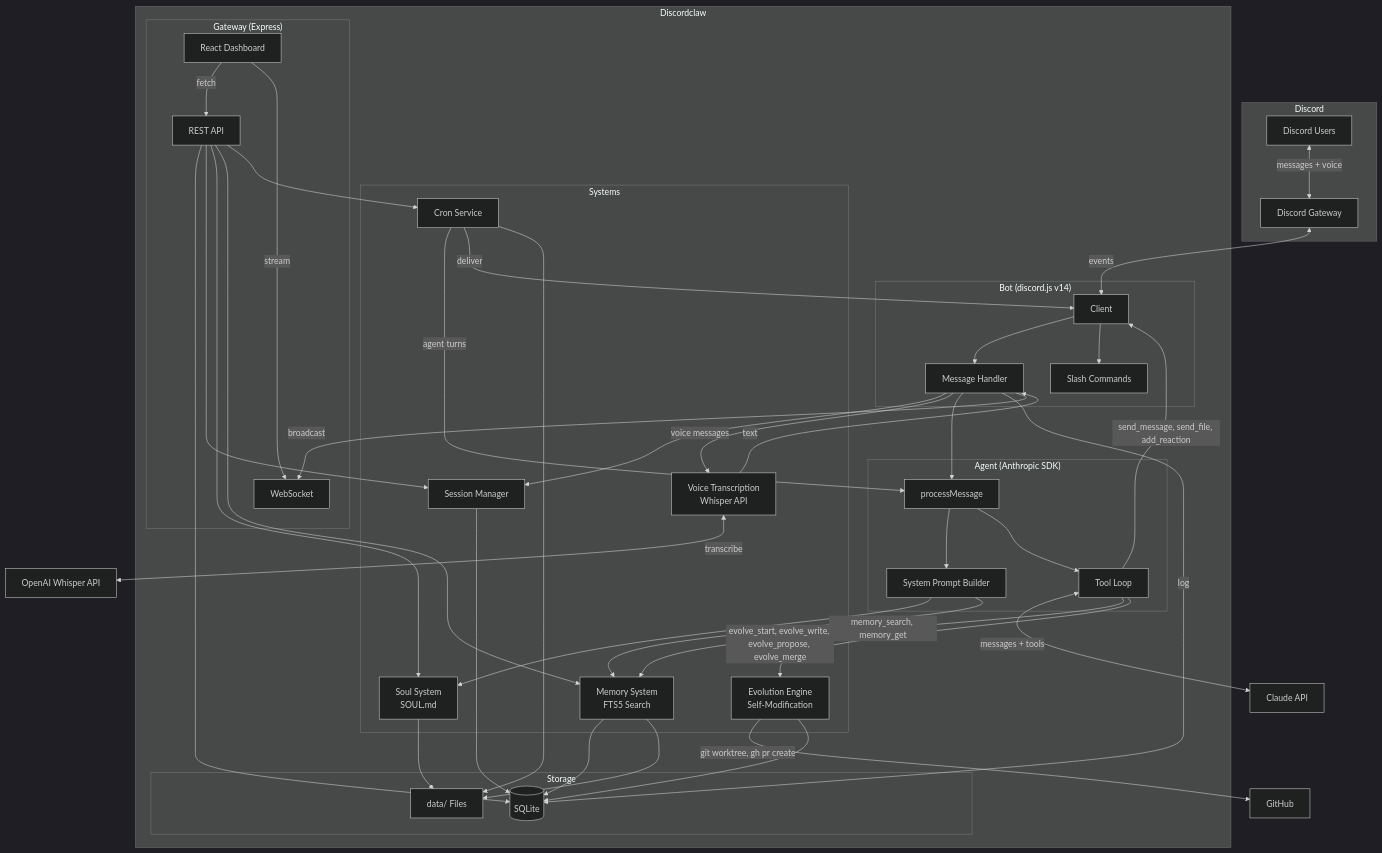
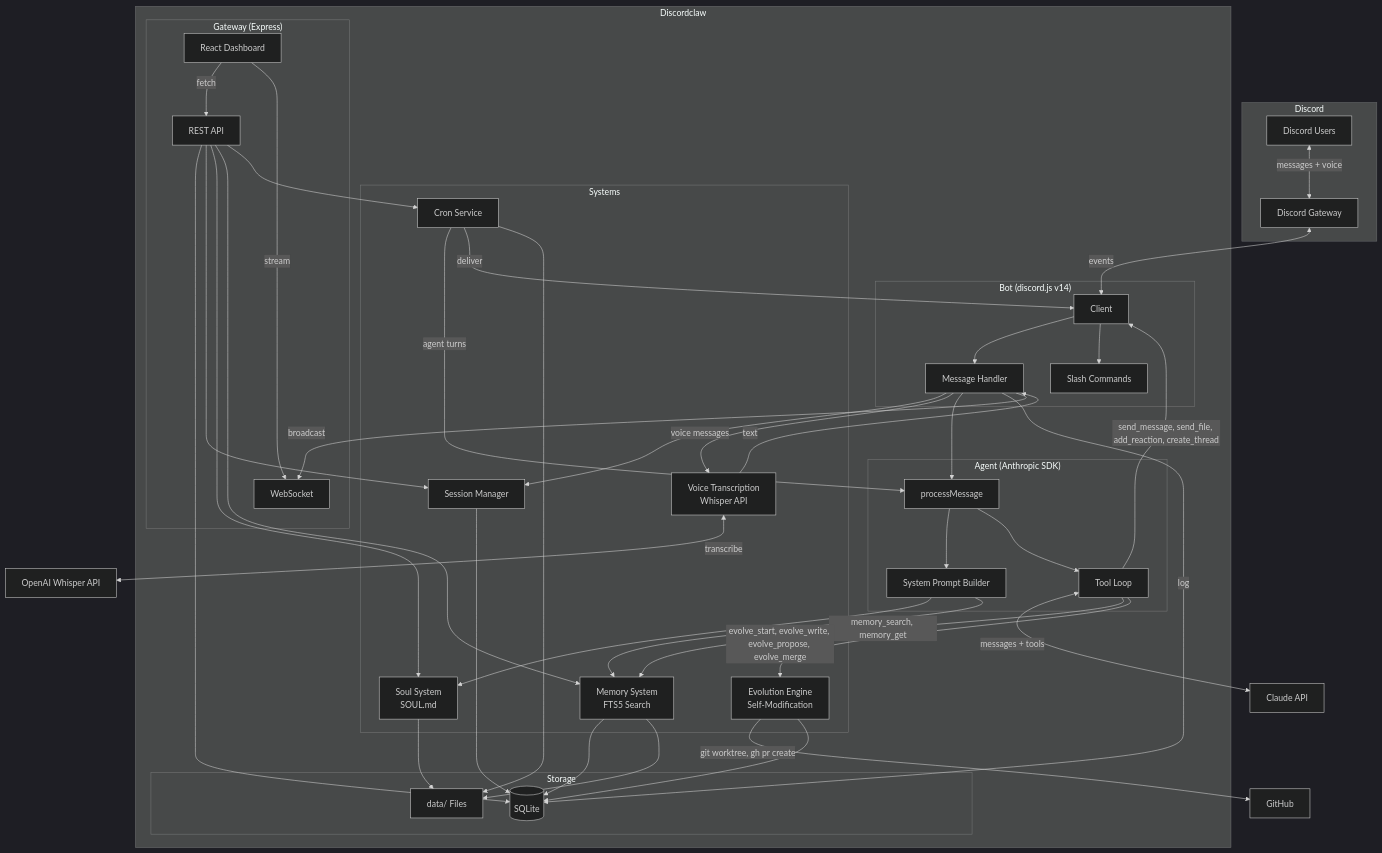
One commit to NaichuanZhang/discord-claw changed the first of 5 diagrams in README.md. Above: the diagram before and after it, drawn with Mermaid (dark theme). The commit also changed other lines of this file and 2 other files, not shown here.

Commit message:
feat(evolution): Add create_thread Discord tool for posting in threads (#29)

````diff
--- a/README.md
+++ b/README.md
@@ -206,80 +206,80 @@
 ```mermaid
 graph TB
     subgraph Discord
         DU[Discord Users]
         DG[Discord Gateway]
     end
 
     subgraph Discordclaw
         subgraph Bot["Bot (discord.js v14)"]
             CL[Client]
             MH[Message Handler]
             SC[Slash Commands]
         end
 
         subgraph Agent["Agent (Anthropic SDK)"]
             PM[processMessage]
             SP[System Prompt Builder]
             TL[Tool Loop]
         end
 
         subgraph Systems
             SOUL[Soul System<br/>SOUL.md]
             MEM[Memory System<br/>FTS5 Search]
             SESS[Session Manager]
             CRON[Cron Service]
             EVO[Evolution Engine<br/>Self-Modification]
             VOICE[Voice Transcription<br/>Whisper API]
         end
 
         subgraph Storage
             DB[(SQLite)]
             FS[data/ Files]
         end
 
         subgraph Gateway["Gateway (Express)"]
             API[REST API]
             WS[WebSocket]
             UI[React Dashboard]
         end
     end
 
     CLAUDE[Claude API]
     OPENAI[OpenAI Whisper API]
 
     DU <-->|messages + voice| DG
     DG <-->|events| CL
     CL --> MH
     CL --> SC
     MH --> SESS
     SESS --> DB
     MH -->|voice messages| VOICE
     VOICE <-->|transcribe| OPENAI
     VOICE -->|text| MH
     MH --> PM
     PM --> SP
     SP --> SOUL
     SP --> MEM
     PM --> TL
     TL <-->|messages + tools| CLAUDE
     TL -->|memory_search, memory_get| MEM
-    TL -->|send_message, send_file, add_reaction| CL
+    TL -->|send_message, send_file, add_reaction, create_thread| CL
     TL -->|evolve_start, evolve_write, evolve_propose, evolve_merge| EVO
     EVO -->|git worktree, gh pr create| GH[GitHub]
     EVO --> DB
     MH -->|log| DB
     MH -->|broadcast| WS
     MEM --> DB
     MEM --> FS
     SOUL --> FS
     CRON -->|agent turns| PM
     CRON -->|deliver| CL
     CRON --> FS
     API --> DB
     API --> SESS
     API --> SOUL
     API --> MEM
     API --> CRON
     UI -->|fetch| API
     UI -->|stream| WS
 ```
````
